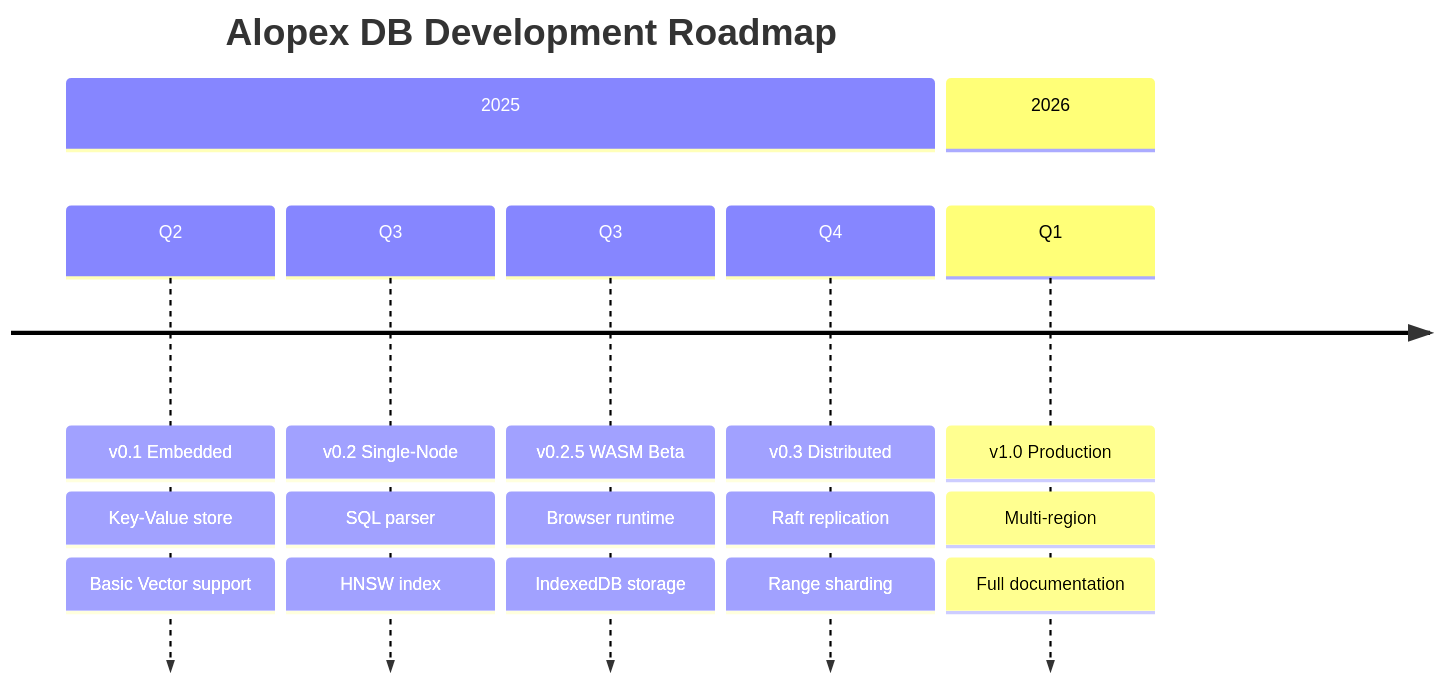
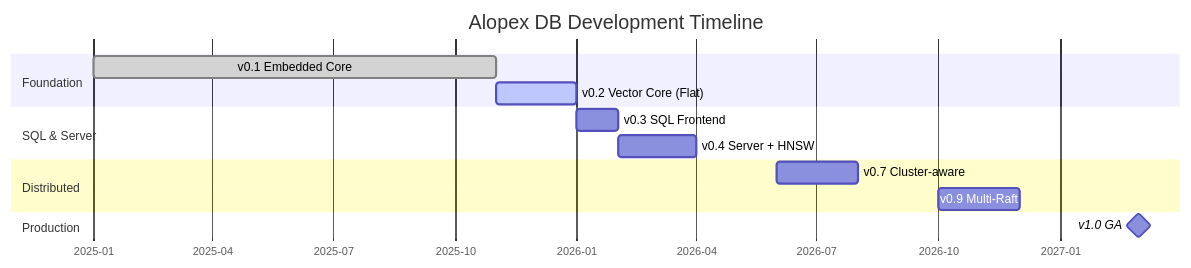
One commit to alopex-db/alopex-db.github.io changed the diagram in docs/index.md. Above: the diagram before and after it, drawn with Mermaid. The commit also changed other lines of this file and 1 other file, not shown here.

First line of the commit message:
docs: Update roadmap and index to reflect v0.1 completion

````diff
--- a/docs/index.md
+++ b/docs/index.md
@@ -163,21 +173,21 @@
 ```mermaid
-timeline
-    title Alopex DB Development Roadmap
-    section 2025
-        Q2 : v0.1 Embedded
-           : Key-Value store
-           : Basic Vector support
-        Q3 : v0.2 Single-Node
-           : SQL parser
-           : HNSW index
-        Q3 : v0.2.5 WASM Beta
-           : Browser runtime
-           : IndexedDB storage
-        Q4 : v0.3 Distributed
-           : Raft replication
-           : Range sharding
-    section 2026
-        Q1 : v1.0 Production
-           : Multi-region
-           : Full documentation
+gantt
+    title Alopex DB Development Timeline
+    dateFormat  YYYY-MM
+    axisFormat  %Y-%m
+
+    section Foundation
+    v0.1 Embedded Core       :done, 2025-01, 2025-11
+    v0.2 Vector Core (Flat)  :active, 2025-11, 2026-01
+
+    section SQL & Server
+    v0.3 SQL Frontend        :2026-01, 2026-02
+    v0.4 Server + HNSW       :2026-02, 2026-04
+
+    section Distributed
+    v0.7 Cluster-aware       :2026-06, 2026-08
+    v0.9 Multi-Raft          :2026-10, 2026-12
+
+    section Production
+    v1.0 GA                  :milestone, 2027-03, 0d
 ```
````
